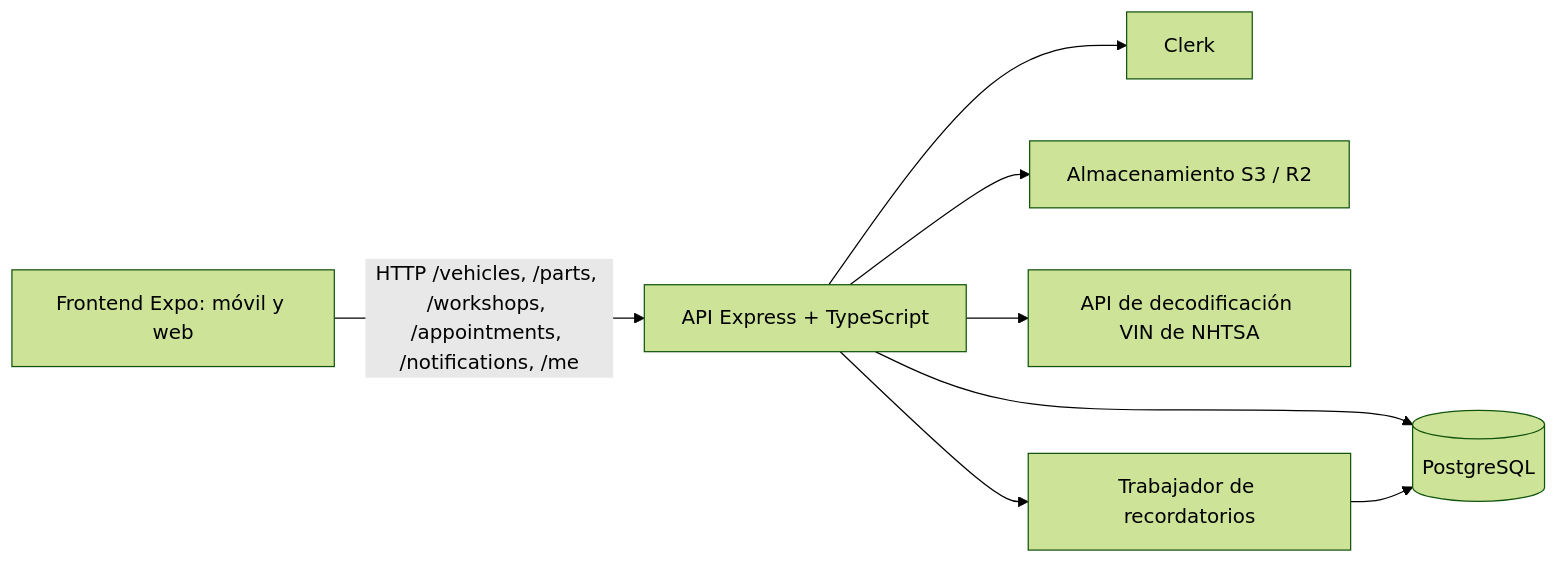
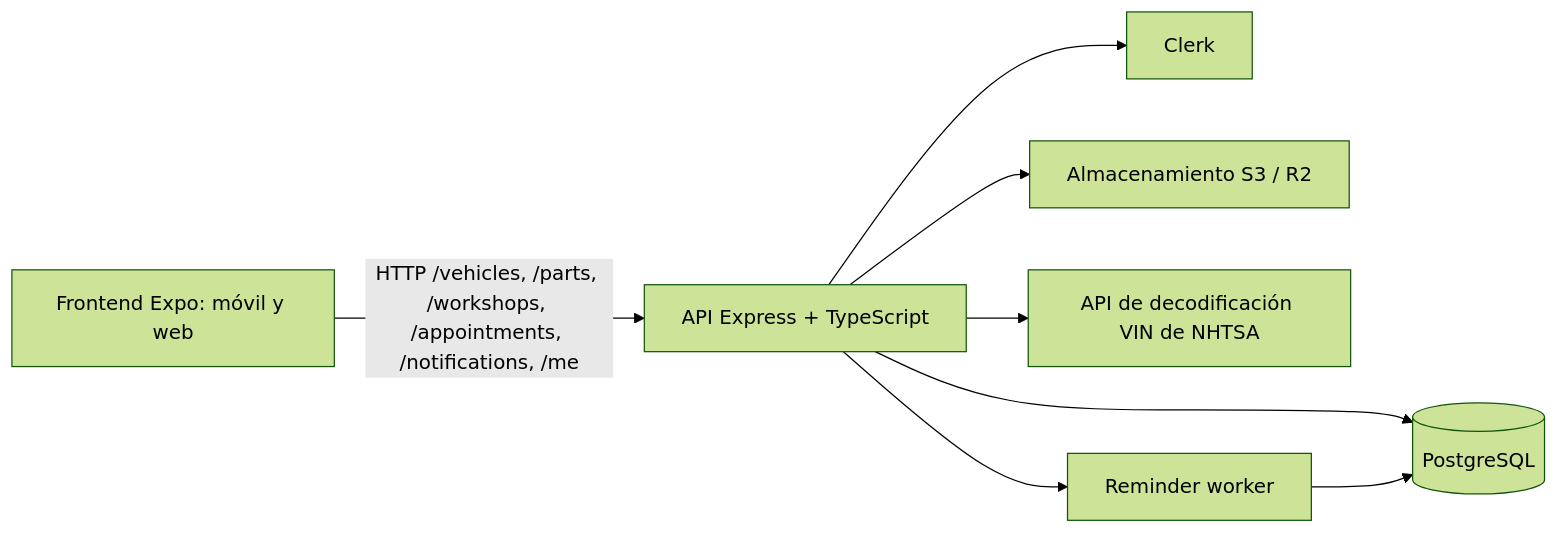
Before and after one commit to Boris-Espinosa/AutoStory: the diagram in README.md, drawn with Mermaid (forest theme). The commit also changed other lines of this file, not shown here.

````diff
--- a/README.md
+++ b/README.md
@@ -72,10 +52,10 @@
 ```mermaid
 flowchart LR
     A[Frontend Expo: móvil y web] -->|HTTP /vehicles, /parts, /workshops, /appointments, /notifications, /me| B[API Express + TypeScript]
     B --> C[(PostgreSQL)]
     B --> D[Clerk]
     B --> E[Almacenamiento S3 / R2]
     B --> F[API de decodificación VIN de NHTSA]
-    B --> G[Trabajador de recordatorios]
+    B --> G[Reminder worker]
     G --> C
 ```
````
